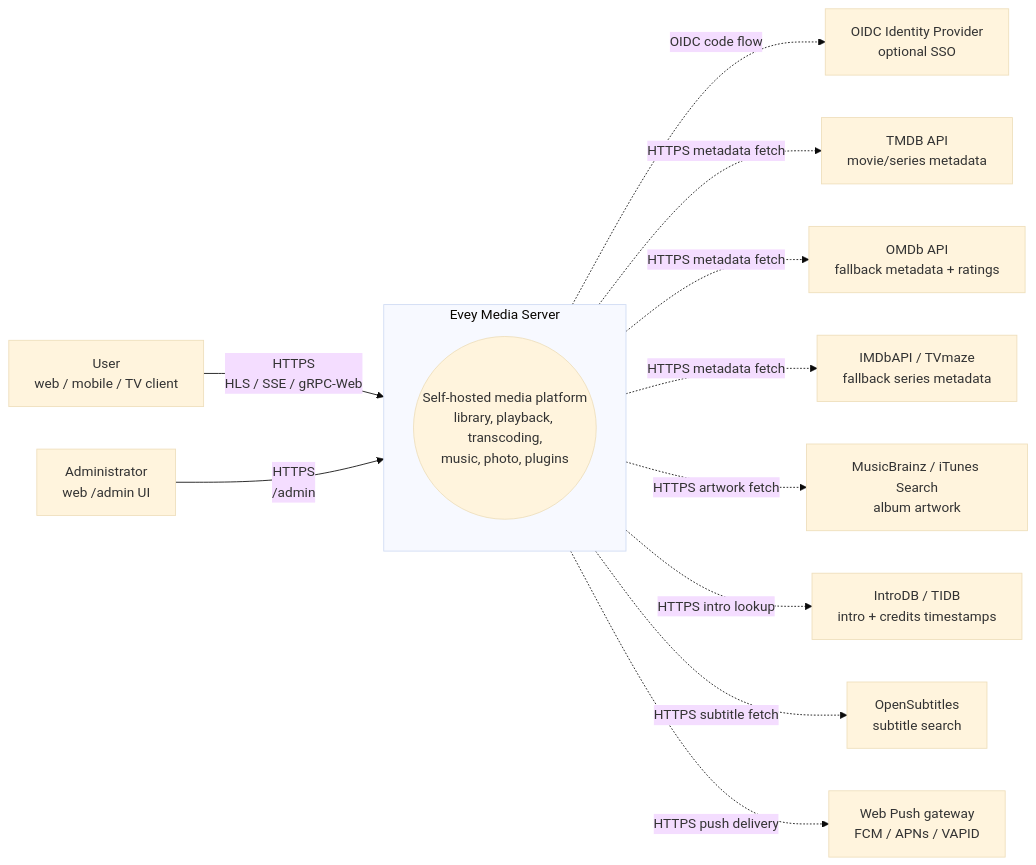
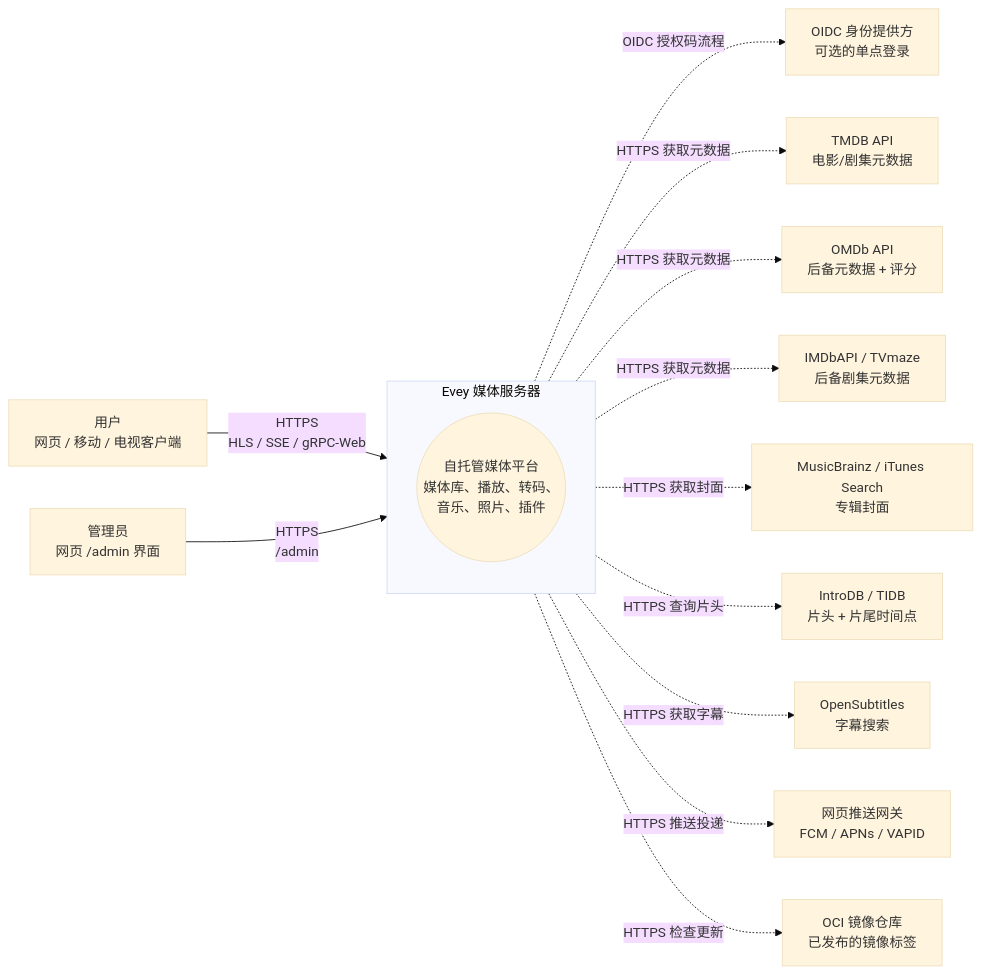
The second of 5 diagrams in wiki/translations/zh/ARCHITECTURE.md (eveyproject/evey), drawn with Mermaid (base theme) before and after one commit. The commit also changed other lines of this file and 14 other files, not shown here.

````diff
--- a/wiki/translations/zh/ARCHITECTURE.md
+++ b/wiki/translations/zh/ARCHITECTURE.md
@@ -121,28 +145,30 @@
 ```mermaid
 flowchart LR
-    user[User<br/>web / mobile / TV client]
-    admin[Administrator<br/>web /admin UI]
-    oidc[OIDC Identity Provider<br/>optional SSO]
-    tmdb[TMDB API<br/>movie/series metadata]
-    omdb[OMDb API<br/>fallback metadata + ratings]
-    imdb[IMDbAPI / TVmaze<br/>fallback series metadata]
-    art[MusicBrainz / iTunes Search<br/>album artwork]
-    introdb[IntroDB / TIDB<br/>intro + credits timestamps]
-    opensubs[OpenSubtitles<br/>subtitle search]
-    webpush[Web Push gateway<br/>FCM / APNs / VAPID]
+    user[用户<br/>网页 / 移动 / 电视客户端]
+    admin[管理员<br/>网页 /admin 界面]
+    oidc[OIDC 身份提供方<br/>可选的单点登录]
+    tmdb[TMDB API<br/>电影/剧集元数据]
+    omdb[OMDb API<br/>后备元数据 + 评分]
+    imdb[IMDbAPI / TVmaze<br/>后备剧集元数据]
+    art[MusicBrainz / iTunes Search<br/>专辑封面]
+    introdb[IntroDB / TIDB<br/>片头 + 片尾时间点]
+    opensubs[OpenSubtitles<br/>字幕搜索]
+    webpush[网页推送网关<br/>FCM / APNs / VAPID]
+    registry[OCI 镜像仓库<br/>已发布的镜像标签]
 
-    subgraph evey[Evey Media Server]
-        core((Self-hosted media platform<br/>library, playback, transcoding,<br/>music, photo, plugins))
+    subgraph evey[Evey 媒体服务器]
+        core((自托管媒体平台<br/>媒体库、播放、转码、<br/>音乐、照片、插件))
     end
 
     user -->|HTTPS<br/>HLS / SSE / gRPC-Web| evey
     admin -->|HTTPS<br/>/admin| evey
-    evey -.->|OIDC code flow| oidc
-    evey -.->|HTTPS metadata fetch| tmdb
-    evey -.->|HTTPS metadata fetch| omdb
-    evey -.->|HTTPS metadata fetch| imdb
-    evey -.->|HTTPS artwork fetch| art
-    evey -.->|HTTPS intro lookup| introdb
-    evey -.->|HTTPS subtitle fetch| opensubs
-    evey -.->|HTTPS push delivery| webpush
+    evey -.->|OIDC 授权码流程| oidc
+    evey -.->|HTTPS 获取元数据| tmdb
+    evey -.->|HTTPS 获取元数据| omdb
+    evey -.->|HTTPS 获取元数据| imdb
+    evey -.->|HTTPS 获取封面| art
+    evey -.->|HTTPS 查询片头| introdb
+    evey -.->|HTTPS 获取字幕| opensubs
+    evey -.->|HTTPS 推送投递| webpush
+    evey -.->|HTTPS 检查更新| registry
 ```
````
